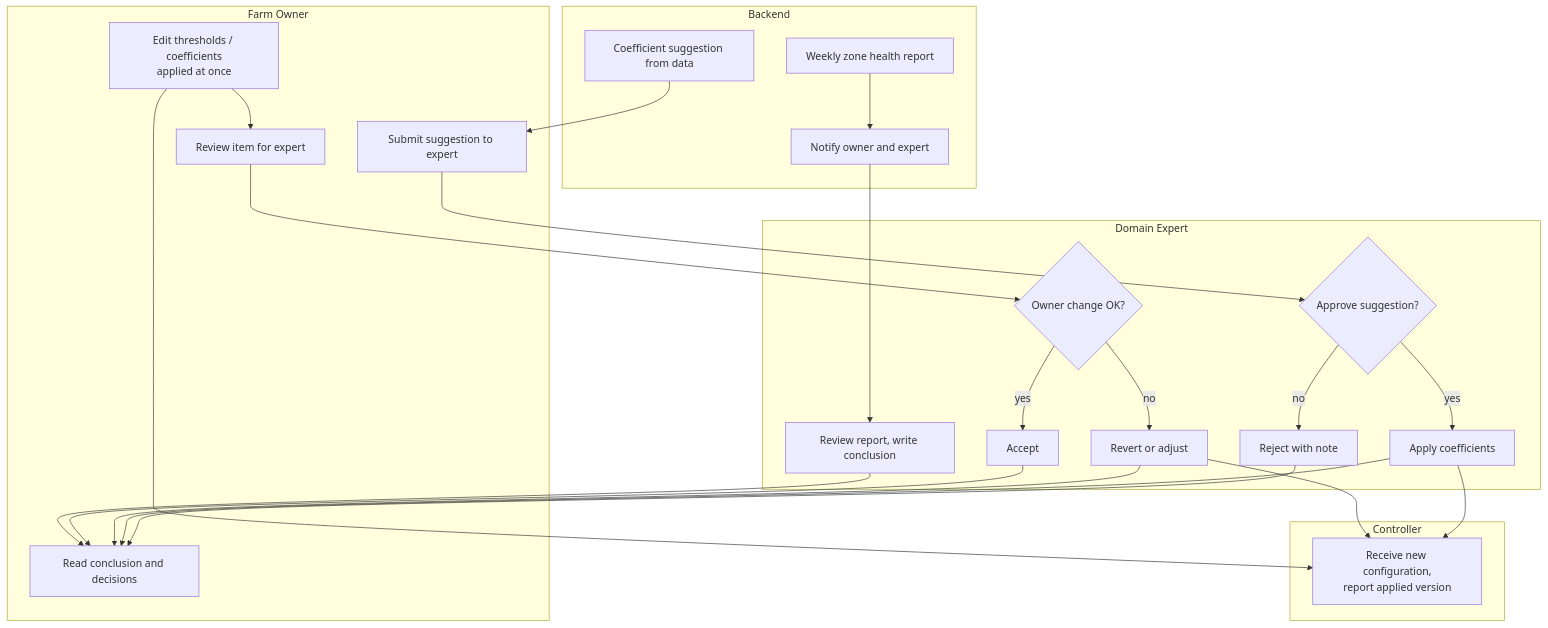
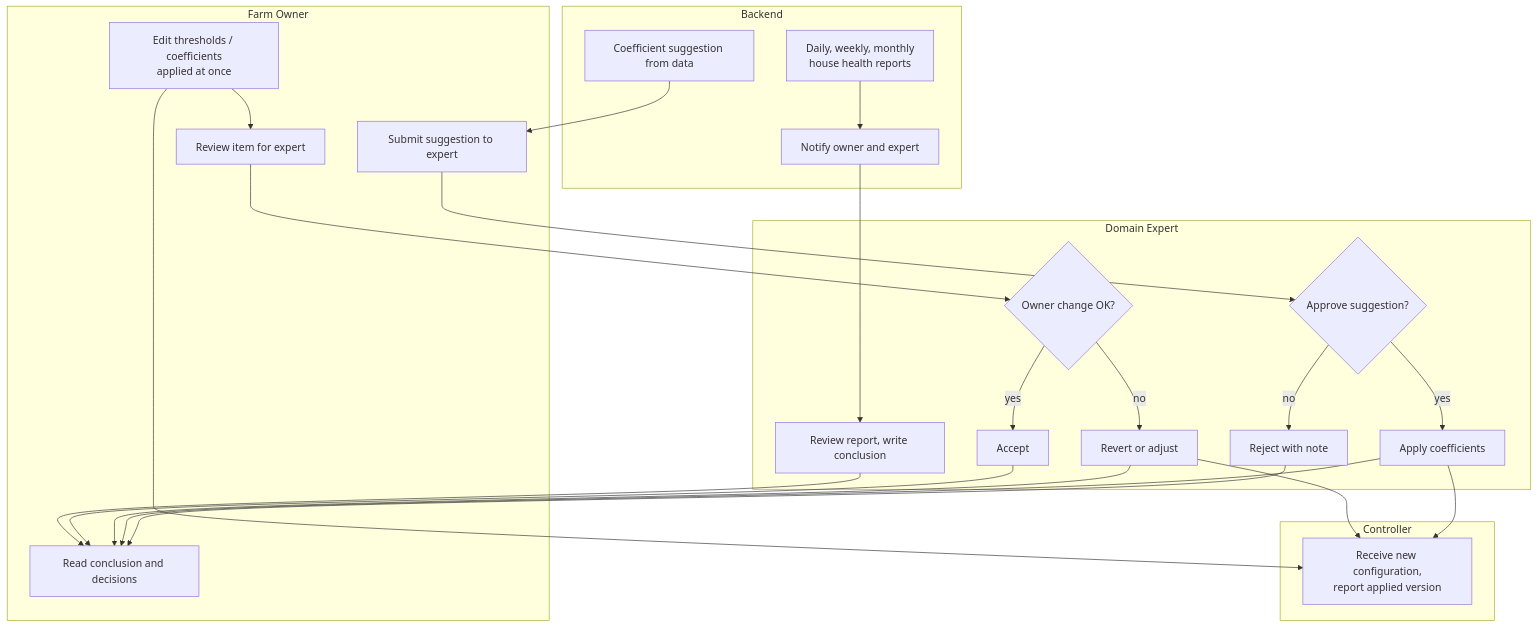
One commit to NBao261/SwiftletCare_KLTN changed diagram 28 of 35 in docs/reports/report4-sdd.md. Above: the diagram before and after it, drawn with Mermaid. The commit also changed other lines of this file and 21 other files, not shown here.

````diff
--- a/docs/reports/report4-sdd.md
+++ b/docs/reports/report4-sdd.md
@@ -1053,27 +1176,27 @@
 ```mermaid
 flowchart TB
   subgraph B[Backend]
-    B1[Weekly zone health report] --> B2[Notify owner and expert]
+    B1[Daily, weekly, monthly<br/>house health reports] --> B2[Notify owner and expert]
     B3[Coefficient suggestion from data]
   end
   subgraph O[Farm Owner]
     O1[Edit thresholds / coefficients<br/>applied at once] --> O2[Review item for expert]
     O3[Submit suggestion to expert]
     O4[Read conclusion and decisions]
   end
   subgraph E[Domain Expert]
     E1[Review report, write conclusion]
     E2{Owner change OK?} -- yes --> E3[Accept]
     E2 -- no --> E4[Revert or adjust]
     E5{Approve suggestion?} -- yes --> E6[Apply coefficients]
     E5 -- no --> E7[Reject with note]
   end
   subgraph C[Controller]
     C1[Receive new configuration,<br/>report applied version]
   end
   B2 --> E1 --> O4
   O2 --> E2
   B3 --> O3 --> E5
   E4 & E6 & O1 --> C1
   E3 & E4 & E6 & E7 --> O4
 ```
````
